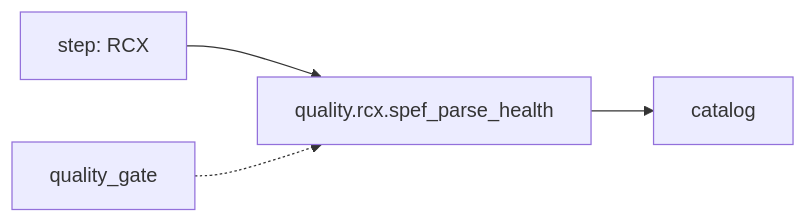
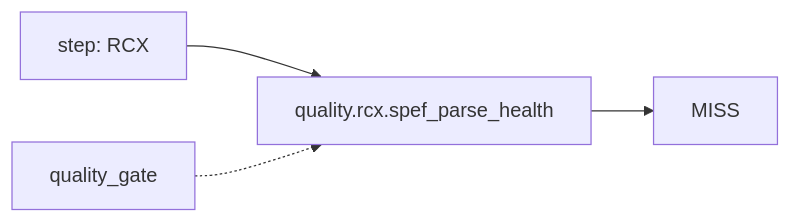
Before and after one commit to openecos-projects/ecc: diagram 14 of 53 in .github/signoff-board/signoff-kanban.md, drawn with Mermaid. The commit also changed other lines of this file and 2 other files, not shown here.

First line of the commit message:
feat(signoff): add performance / iSTA catalog slots (43 metrics)

````diff
--- a/.github/signoff-board/signoff-kanban.md
+++ b/.github/signoff-board/signoff-kanban.md
@@ -399,6 +431,6 @@
 ```mermaid
 flowchart LR
   step_quality_rcx_spef_parse_health["step: RCX"] --> metric_quality_rcx_spef_parse_health["quality.rcx.spef_parse_health"]
-  metric_quality_rcx_spef_parse_health --> state_quality_rcx_spef_parse_health["catalog"]
+  metric_quality_rcx_spef_parse_health --> state_quality_rcx_spef_parse_health["MISS"]
   cat_quality_rcx_spef_parse_health["quality_gate"] -.-> metric_quality_rcx_spef_parse_health
 ```
````
